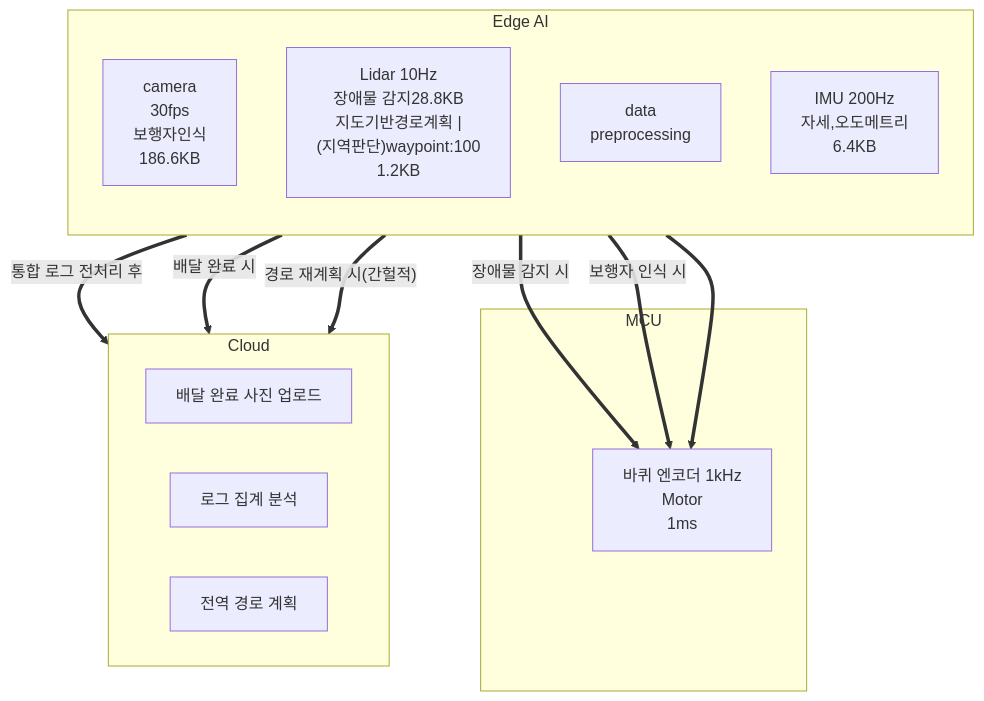
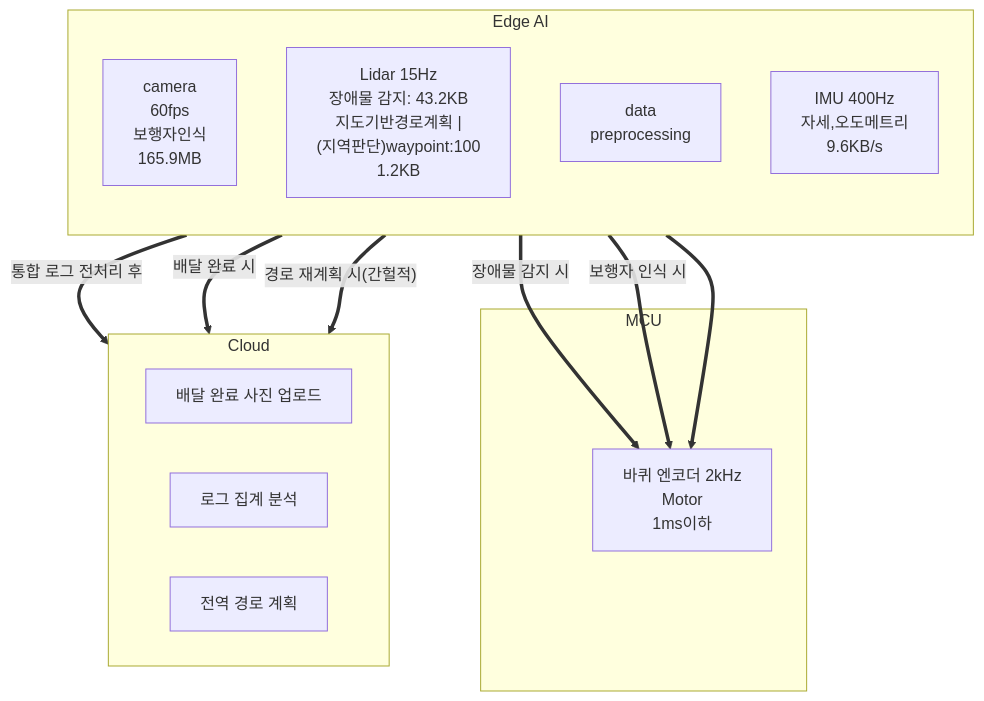
Before and after one commit to Gyujion/physicalai-lv1-gyujinsim: the diagram in physicalai-lv1-assignments-main/lv1_module1_student/report.md, drawn with Mermaid. The commit also changed other lines of this file, not shown here.

````diff
--- a/physicalai-lv1-assignments-main/lv1_module1_student/report.md
+++ b/physicalai-lv1-assignments-main/lv1_module1_student/report.md
@@ -52,34 +52,34 @@
 ```mermaid
 flowchart TD
     subgraph EdgeAI ["Edge AI"]
         direction TB
-        Camera["camera<br>30fps<br>보행자인식<br>186.6KB"]
-        Lidar["Lidar 10Hz<br>장애물 감지28.8KB<br>지도기반경로계획 |<br>(지역판단)waypoint:100<br>1.2KB"]
+        Camera["camera<br>60fps<br>보행자인식<br>165.9MB"]
+        Lidar["Lidar 15Hz<br>장애물 감지: 43.2KB<br>지도기반경로계획 |<br>(지역판단)waypoint:100<br>1.2KB"]
         DataPre["data<br>preprocessing"]
-        IMU["IMU 200Hz<br>자세,오도메트리<br>6.4KB"]
+        IMU["IMU 400Hz<br>자세,오도메트리<br>9.6KB/s"]
     end
 
     subgraph MCU_Block ["MCU"]
-        Motor["바퀴 엔코더 1kHz<br>Motor<br>1ms"]
+        Motor["바퀴 엔코더 2kHz<br>Motor<br>1ms이하"]
     end
 
     subgraph Cloud ["Cloud"]
         direction LR
         Photo["배달 완료 사진 업로드"]
         Log["로그 집계 분석"]
         Path["전역 경로 계획"]
     end
 
     %% Edge AI에서 MCU로의 연결 (굵은 화살표)
     Lidar ==>|"장애물 감지 시"| Motor
     Camera ==>|"보행자 인식 시"| Motor
     IMU ==> Motor
 
     %% Edge AI에서 Cloud로의 연결 (굵은 화살표)
     EdgeAI ==>|"배달 완료 시"| Photo
     DataPre ==>|"통합 로그 전처리 후"| Log
     EdgeAI ==>|"경로 재계획 시(간헐적)"| Path
 
     %% 레이아웃 조정을 위한 보이지 않는 링크 (옵션)
     EdgeAI ~~~ MCU_Block
 ```
````
